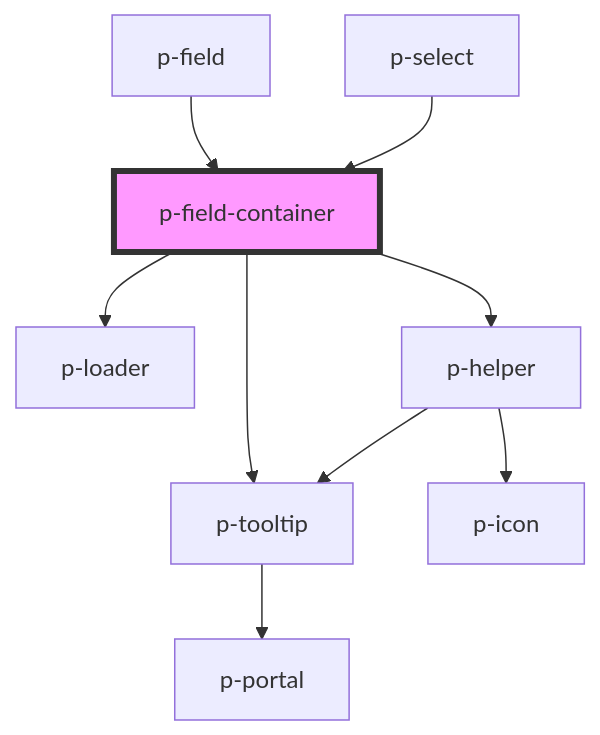
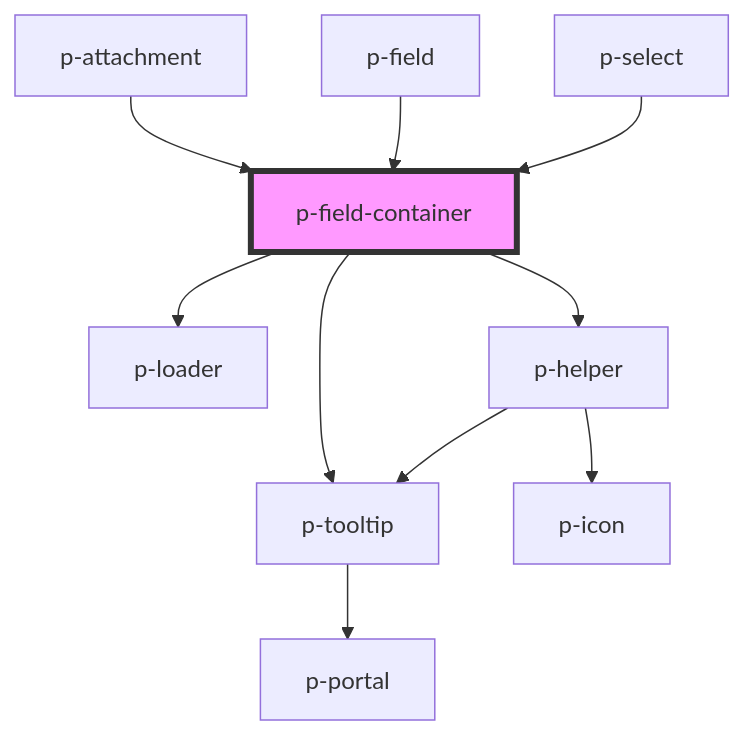
Before and after one commit to Employes/Paperless: the diagram in packages/core/src/components/molecules/field/container/readme.md, drawn with Mermaid. The commit also changed other lines of this file and 13 other files, not shown here.

````diff
--- a/packages/core/src/components/molecules/field/container/readme.md
+++ b/packages/core/src/components/molecules/field/container/readme.md
@@ -46,12 +47,13 @@
 ```mermaid
 graph TD;
   p-field-container --> p-loader
   p-field-container --> p-helper
   p-field-container --> p-tooltip
   p-helper --> p-tooltip
   p-helper --> p-icon
   p-tooltip --> p-portal
+  p-attachment --> p-field-container
   p-field --> p-field-container
   p-select --> p-field-container
   style p-field-container fill:#f9f,stroke:#333,stroke-width:4px
 ```
````
